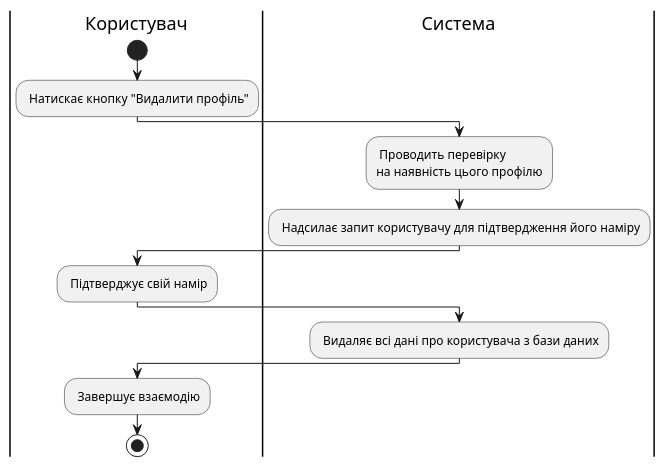
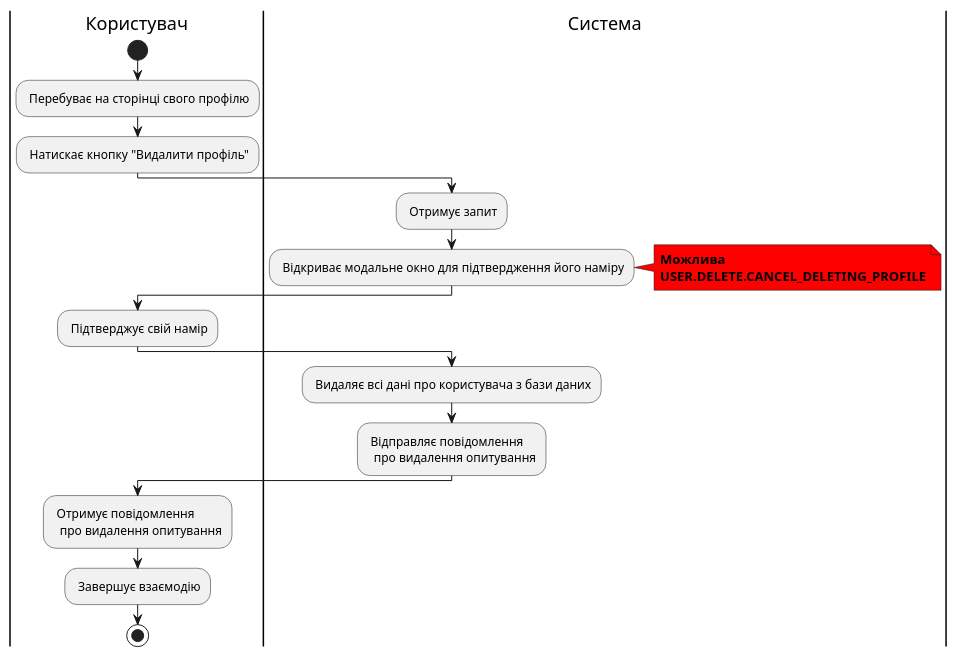
One commit to michigang1/ImForms changed diagram 12 of 22 in docs/use cases/README.md. Above: the diagram before and after it, drawn with PlantUML. The commit also changed other lines of this file, not shown here.

Commit message:
Added some changes in diagrams of scenarios

```diff
--- a/docs/use cases/README.md
+++ b/docs/use cases/README.md
@@ -442,21 +529,29 @@
 @startuml
 
 |Користувач|
 start
+: Перебуває на сторінці свого профілю;
 : Натискає кнопку "Видалити профіль";
+
 |Система|
-: Проводить перевірку
-на наявність цього профілю;
-
-        : Надсилає запит користувачу для підтвердження його наміру;
+: Отримує запит;
+: Відкриває модальне окно для підтвердження його наміру;
+note right #ff0000
+<b>Можлива</b>
+<b>USER.DELETE.CANCEL_DELETING_PROFILE</b>
+end note
 
 |Користувач|
 : Підтверджує свій намір;
 
 |Система|
 : Видаляє всі дані про користувача з бази даних;
+: Відправляє повідомлення
+  про видалення опитування;
 
 |Користувач|
+: Отримує повідомлення
+  про видалення опитування;
 : Завершує взаємодію;
 stop;
 @enduml
```
